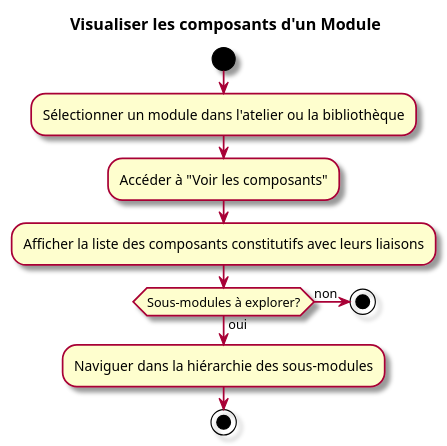
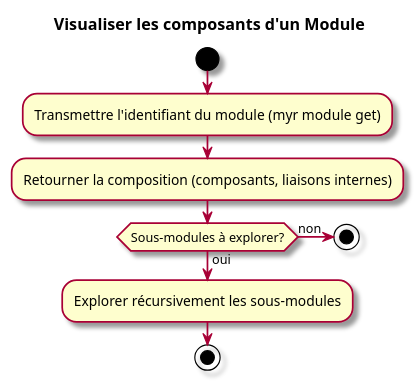
One commit to olivaux/myr changed the second of 2 diagrams in specs/1-Expression/UCMOD-Module/UCMOD04.md. Above: the diagram before and after it, drawn with PlantUML. The commit also changed other lines of this file and 65 other files, not shown here.

````diff
--- a/specs/1-Expression/UCMOD-Module/UCMOD04.md
+++ b/specs/1-Expression/UCMOD-Module/UCMOD04.md
@@ -55,16 +55,15 @@
 ```plantuml
 @startuml
 skin rose
 title Visualiser les composants d'un Module
 start
-:Sélectionner un module dans l'atelier ou la bibliothèque;
-:Accéder à "Voir les composants";
-:Afficher la liste des composants constitutifs avec leurs liaisons;
+:Transmettre l'identifiant du module (myr module get);
+:Retourner la composition (composants, liaisons internes);
 if (Sous-modules à explorer?) then (oui)
-  :Naviguer dans la hiérarchie des sous-modules;
+  :Explorer récursivement les sous-modules;
   stop
 else (non)
   stop
 endif
 @enduml
 ```
````
